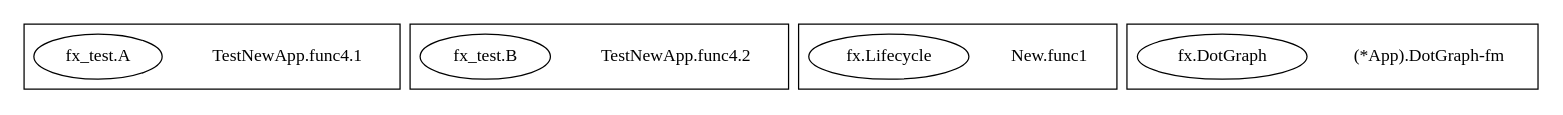
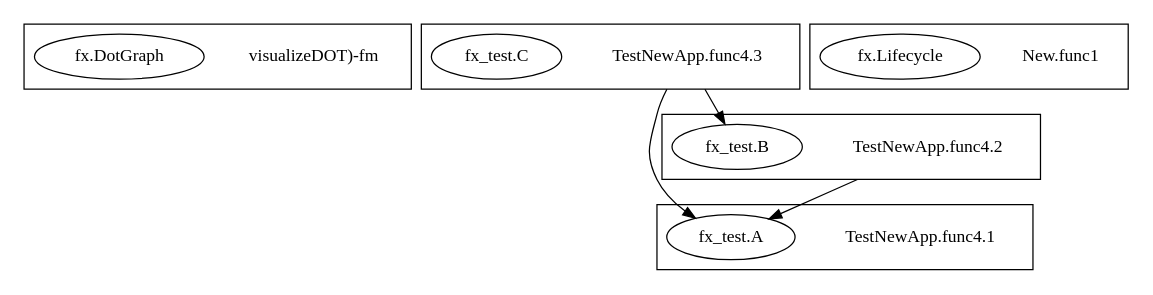
Before and after one commit to uber-go/fx: the diagram in fxtest/graph.dot, drawn with Graphviz. The commit also changed 2 other files, not shown here.

Commit message:
keep visualizeDOT private

```diff
--- a/fxtest/graph.dot
+++ b/fxtest/graph.dot
@@ -1,37 +1,51 @@
 digraph {
 	graph [compound=true];
 	
 		subgraph cluster_0 {
-			constructor_0 [shape=plaintext label="TestNewApp.func4.1"];
+			constructor_0 [shape=plaintext label="visualizeDOT)-fm"];
+			
+			"fx.DotGraph" [label=<fx.DotGraph>];
+			
+		}
+		
+		
+		subgraph cluster_1 {
+			constructor_1 [shape=plaintext label="TestNewApp.func4.1"];
 			
 			"fx_test.A" [label=<fx_test.A>];
 			
 		}
 		
 		
-		subgraph cluster_1 {
-			constructor_1 [shape=plaintext label="TestNewApp.func4.2"];
+		subgraph cluster_2 {
+			constructor_2 [shape=plaintext label="TestNewApp.func4.2"];
 			
 			"fx_test.B" [label=<fx_test.B>];
 			
 		}
 		
+			constructor_2 -> "fx_test.A" [ltail=cluster_2];
 		
-		subgraph cluster_2 {
-			constructor_2 [shape=plaintext label="New.func1"];
+		
+		subgraph cluster_3 {
+			constructor_3 [shape=plaintext label="TestNewApp.func4.3"];
+			
+			"fx_test.C" [label=<fx_test.C>];
+			
+		}
+		
+			constructor_3 -> "fx_test.A" [ltail=cluster_3];
+		
+			constructor_3 -> "fx_test.B" [ltail=cluster_3];
+		
+		
+		subgraph cluster_4 {
+			constructor_4 [shape=plaintext label="New.func1"];
 			
 			"fx.Lifecycle" [label=<fx.Lifecycle>];
 			
 		}
 		
 		
-		subgraph cluster_3 {
-			constructor_3 [shape=plaintext label="(*App).DotGraph-fm"];
-			
-			"fx.DotGraph" [label=<fx.DotGraph>];
-			
-		}
-		
-		
 	
 }
```
